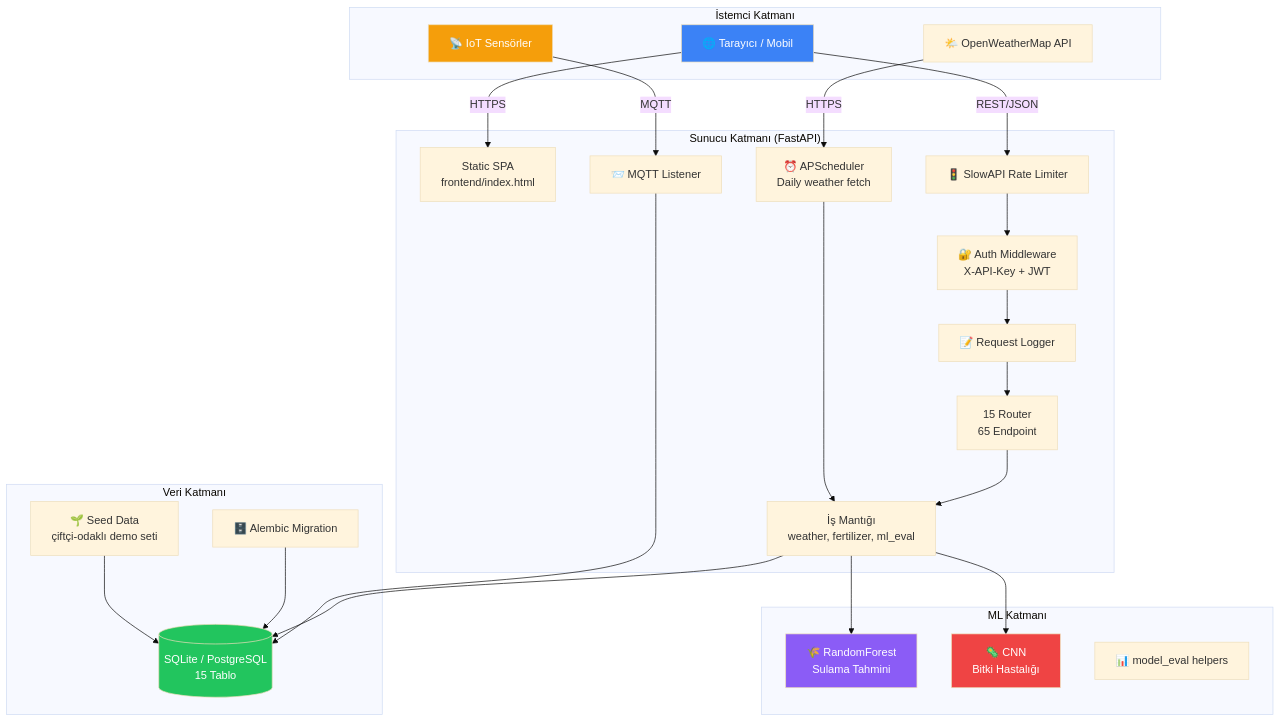
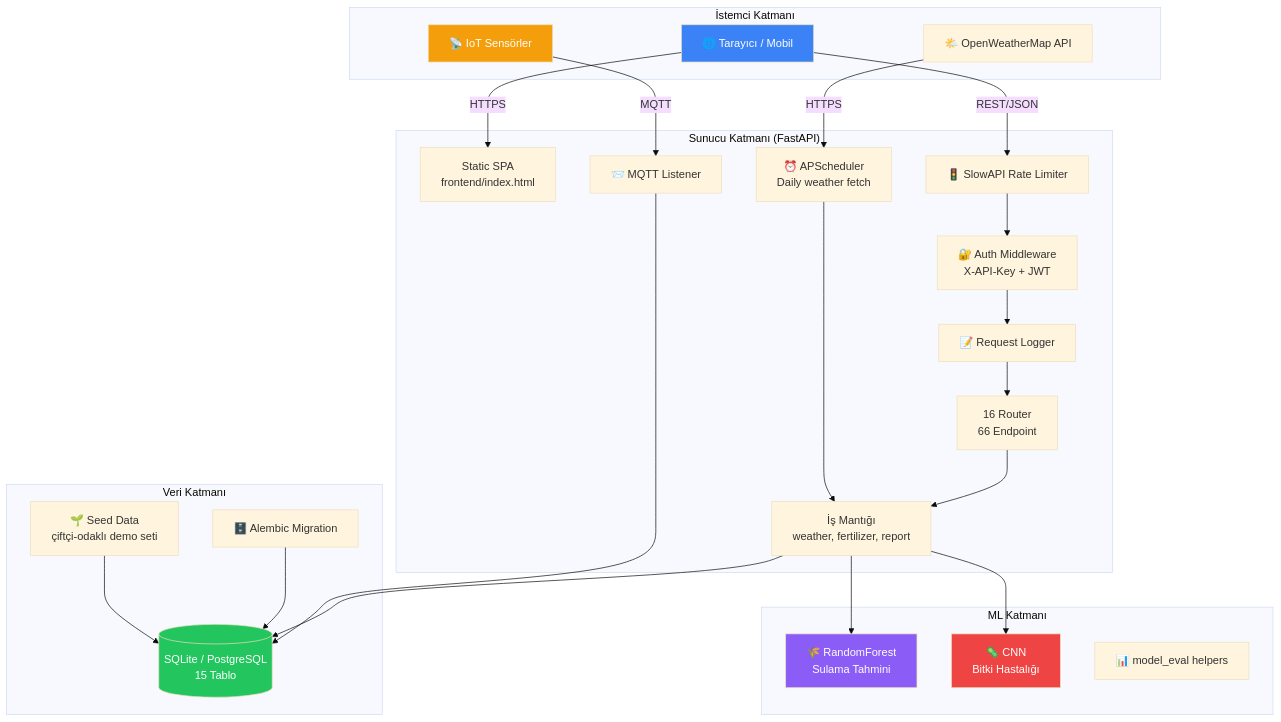
The first of 6 diagrams in docs/architecture.md (Ohualtex/Smart_Farming_Data_Analysis_Platform), drawn with Mermaid (base theme) before and after one commit. The commit also changed other lines of this file, not shown here.

Commit message:
docs(architecture): router/endpoint sayısını gerçekle hizala (16/66)
- "15 router, 65 endpoint" → "16 router, 66 endpoint" (diyagram + dizin ağacı)
- Servisler kutusunda var olmayan "ml_eval" → gerçek "report" servisi

````diff
--- a/docs/architecture.md
+++ b/docs/architecture.md
@@ -15,55 +15,55 @@
 ```mermaid
 graph TB
     subgraph "İstemci Katmanı"
         Browser[🌐 Tarayıcı / Mobil]
         Sensor[📡 IoT Sensörler]
         ExtAPI[🌤️ OpenWeatherMap API]
     end
 
     subgraph "Sunucu Katmanı (FastAPI)"
         Static[Static SPA<br/>frontend/index.html]
         Auth[🔐 Auth Middleware<br/>X-API-Key + JWT]
         RateLimit[🚦 SlowAPI Rate Limiter]
         ReqLog[📝 Request Logger]
-        Routers[15 Router<br/>65 Endpoint]
-        Services[İş Mantığı<br/>weather, fertilizer, ml_eval]
+        Routers[16 Router<br/>66 Endpoint]
+        Services[İş Mantığı<br/>weather, fertilizer, report]
         Tasks[⏰ APScheduler<br/>Daily weather fetch]
         MQTT[📨 MQTT Listener]
     end
 
     subgraph "ML Katmanı"
         Irrigation[🌾 RandomForest<br/>Sulama Tahmini]
         CNN[🦠 CNN<br/>Bitki Hastalığı]
         Eval[📊 model_eval helpers]
     end
 
     subgraph "Veri Katmanı"
         DB[(SQLite / PostgreSQL<br/>15 Tablo)]
         Migration[🗄️ Alembic Migration]
         Seed[🌱 Seed Data<br/>çiftçi-odaklı demo seti]
     end
 
     Browser -->|HTTPS| Static
     Browser -->|REST/JSON| RateLimit
     Sensor -->|MQTT| MQTT
     ExtAPI -->|HTTPS| Tasks
 
     RateLimit --> Auth
     Auth --> ReqLog
     ReqLog --> Routers
     Routers --> Services
     Services --> DB
     Services --> Irrigation
     Services --> CNN
     Tasks --> Services
     MQTT --> DB
 
     Migration --> DB
     Seed --> DB
 
     style Browser fill:#3b82f6,color:#fff
     style Sensor fill:#f59e0b,color:#fff
     style DB fill:#22c55e,color:#fff
     style Irrigation fill:#8b5cf6,color:#fff
     style CNN fill:#ef4444,color:#fff
 ```
````
